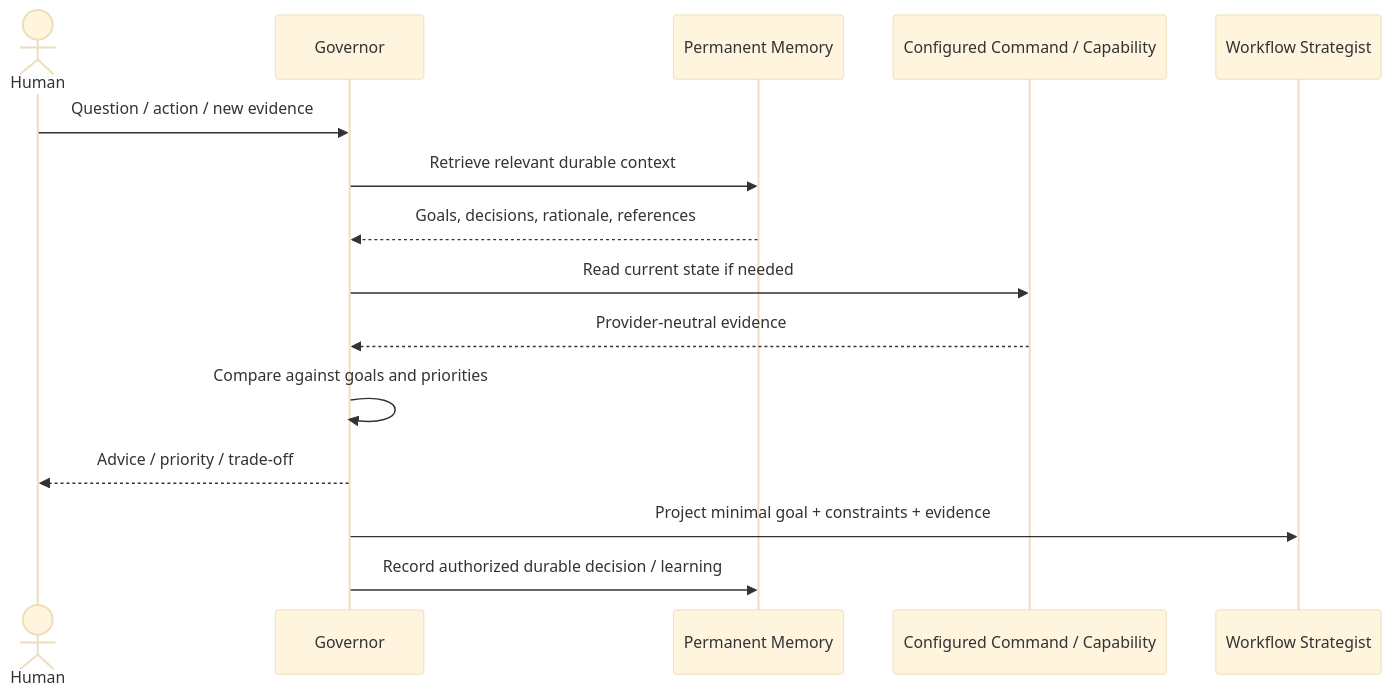
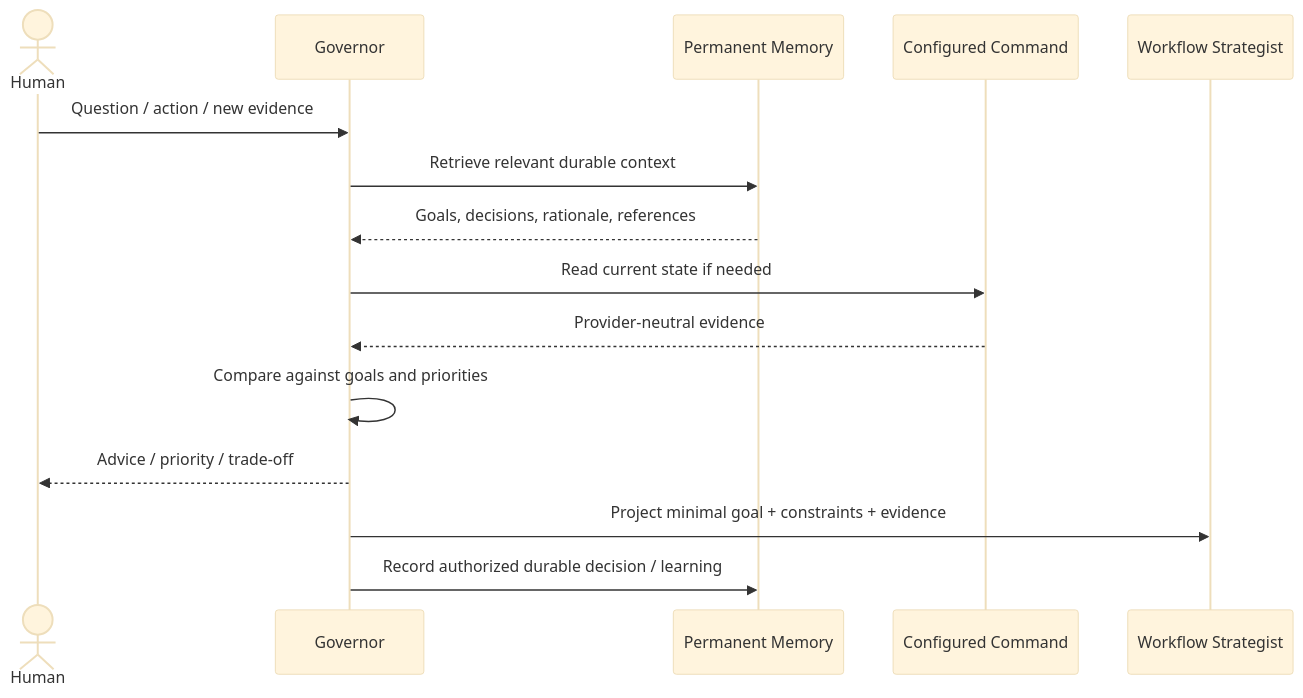
One commit to starodubtsevconsulting/ai-fleas changed the sixth of 6 diagrams in ai-workflows/_common/roles/cross-workflow-governor.md. Above: the diagram before and after it, drawn with Mermaid (base theme). The commit also changed other lines of this file, not shown here.

Commit message:
Reduce Governor prose duplication and use command-only utilities

````diff
--- a/ai-workflows/_common/roles/cross-workflow-governor.md
+++ b/ai-workflows/_common/roles/cross-workflow-governor.md
@@ -220,18 +158,18 @@
 ```mermaid
 sequenceDiagram
     actor Human
     participant Governor
     participant Memory as Permanent Memory
-    participant Utility as Configured Command / Capability
+    participant Command as Configured Command
     participant Strategist as Workflow Strategist
 
     Human->>Governor: Question / action / new evidence
     Governor->>Memory: Retrieve relevant durable context
     Memory-->>Governor: Goals, decisions, rationale, references
-    Governor->>Utility: Read current state if needed
-    Utility-->>Governor: Provider-neutral evidence
+    Governor->>Command: Read current state if needed
+    Command-->>Governor: Provider-neutral evidence
     Governor->>Governor: Compare against goals and priorities
     Governor-->>Human: Advice / priority / trade-off
     Governor->>Strategist: Project minimal goal + constraints + evidence
     Governor->>Memory: Record authorized durable decision / learning
 ```
````
